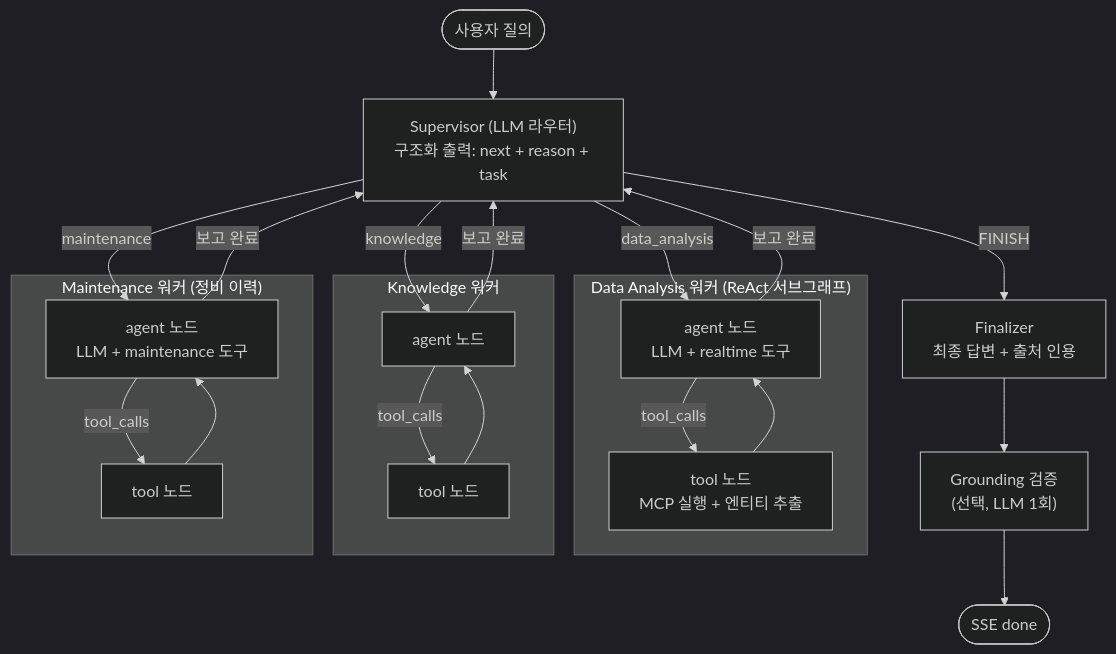
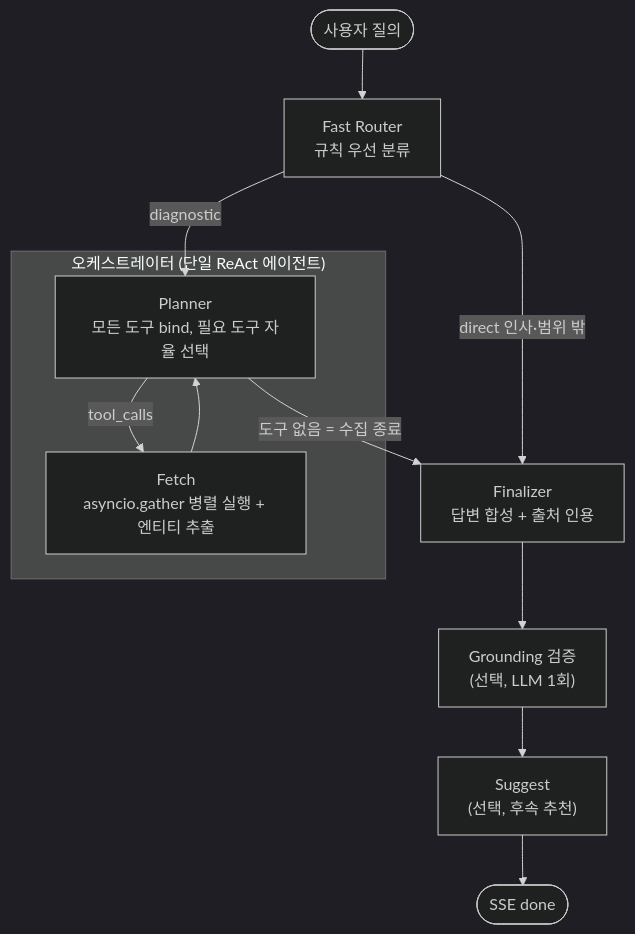
Before and after one commit to PitCrew-Agent/Agentory-fastAPI: the diagram in docs/agent/architecture.md, drawn with Mermaid (dark theme). The commit also changed other lines of this file, not shown here.

Commit message:
docs: architecture.md 하이브리드 오케스트레이터 구조 반영 개정 (AI_AGENT01_REACT01)

````diff
--- a/docs/agent/architecture.md
+++ b/docs/agent/architecture.md
@@ -26,29 +41,18 @@
 ```mermaid
 flowchart TD
-    START([사용자 질의]) --> SUP
+    START([사용자 질의]) --> FR
 
-    SUP["Supervisor (LLM 라우터)<br/>구조화 출력: next + reason + task"] -->|data_analysis| DA
-    SUP -->|knowledge| KN
-    SUP -->|maintenance| MT
-    SUP -->|FINISH| FIN
+    FR["Fast Router<br/>규칙 우선 분류"] -->|direct 인사·범위 밖| FIN
+    FR -->|diagnostic| PL
 
-    subgraph W1["Data Analysis 워커 (ReAct 서브그래프)"]
-        DA[agent 노드<br/>LLM + realtime 도구] -->|tool_calls| DAT[tool 노드<br/>MCP 실행 + 엔티티 추출]
-        DAT --> DA
-    end
-    subgraph W2["Knowledge 워커"]
-        KN[agent 노드] -->|tool_calls| KNT[tool 노드]
-        KNT --> KN
-    end
-    subgraph W3["Maintenance 워커 (정비 이력)"]
-        MT[agent 노드<br/>LLM + maintenance 도구] -->|tool_calls| MTT[tool 노드]
-        MTT --> MT
+    subgraph ORCH["오케스트레이터 (단일 ReAct 에이전트)"]
+        PL["Planner<br/>모든 도구 bind, 필요 도구 자율 선택"] -->|tool_calls| FE["Fetch<br/>asyncio.gather 병렬 실행 + 엔티티 추출"]
+        FE --> PL
     end
 
-    DA -->|보고 완료| SUP
-    KN -->|보고 완료| SUP
-    MT -->|보고 완료| SUP
+    PL -->|도구 없음 = 수집 종료| FIN
 
-    FIN["Finalizer<br/>최종 답변 + 출처 인용"] --> GRD["Grounding 검증<br/>(선택, LLM 1회)"]
-    GRD --> END([SSE done])
+    FIN["Finalizer<br/>답변 합성 + 출처 인용"] --> GRD["Grounding 검증<br/>(선택, LLM 1회)"]
+    GRD --> SUG["Suggest<br/>(선택, 후속 추천)"]
+    SUG --> END([SSE done])
 ```
````
